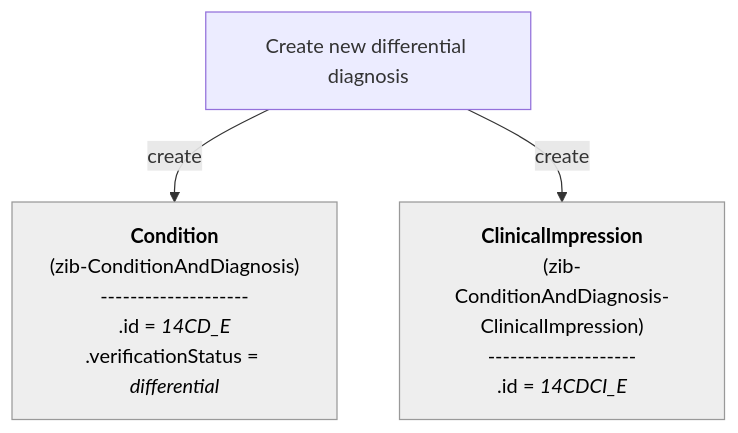
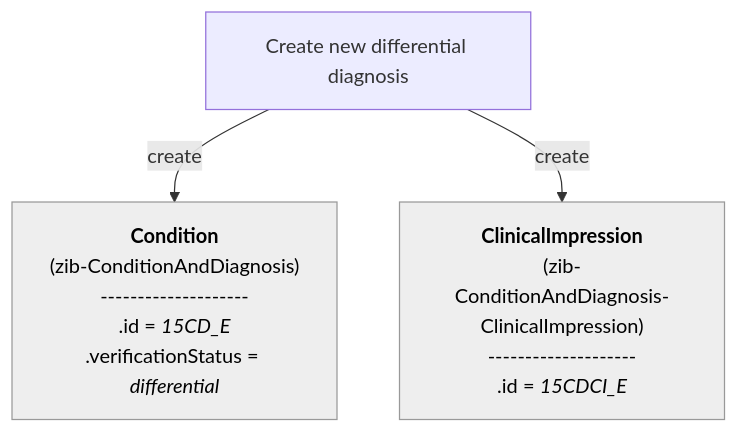
Diagram 17 of 21 in documentation/Condition-Diagnosis-Symptom.md (Nictiz/Nictiz-R4-zib2024), drawn with Mermaid before and after one commit. The commit also changed other lines of this file, not shown here.

````diff
--- a/documentation/Condition-Diagnosis-Symptom.md
+++ b/documentation/Condition-Diagnosis-Symptom.md
@@ -579,27 +633,27 @@
 ```mermaid
 flowchart TB
 
 CreateDiagnosis["`Create new differential diagnosis`"]
 
     CD_E["`
             **Condition**
             (zib-ConditionAndDiagnosis)
             --------------------
-            .id = _14CD_E_
+            .id = _15CD_E_
             .verificationStatus = _differential_ 
         `"] 
     CDCI_E["`
             **ClinicalImpression**
             (zib-ConditionAndDiagnosis-ClinicalImpression)
             --------------------
-            .id = _14CDCI_E_
+            .id = _15CDCI_E_
         `"] 
 
    
     CD_E:::Ash
     CDCI_E:::Ash
     classDef Ash stroke-width:1px, stroke-dasharray:none, stroke:#999999, fill:#EEEEEE, color:#000000
 
 CreateDiagnosis -- create --> CD_E
 CreateDiagnosis -- create --> CDCI_E
 ```
````
